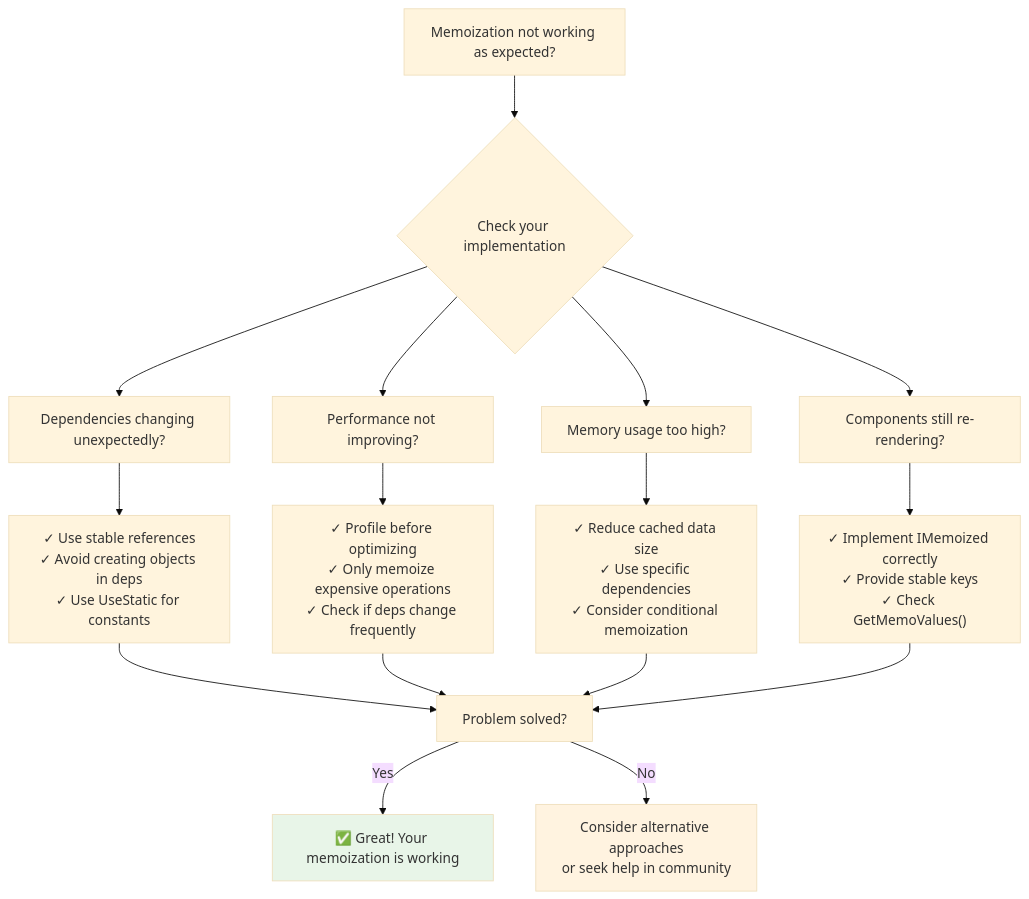
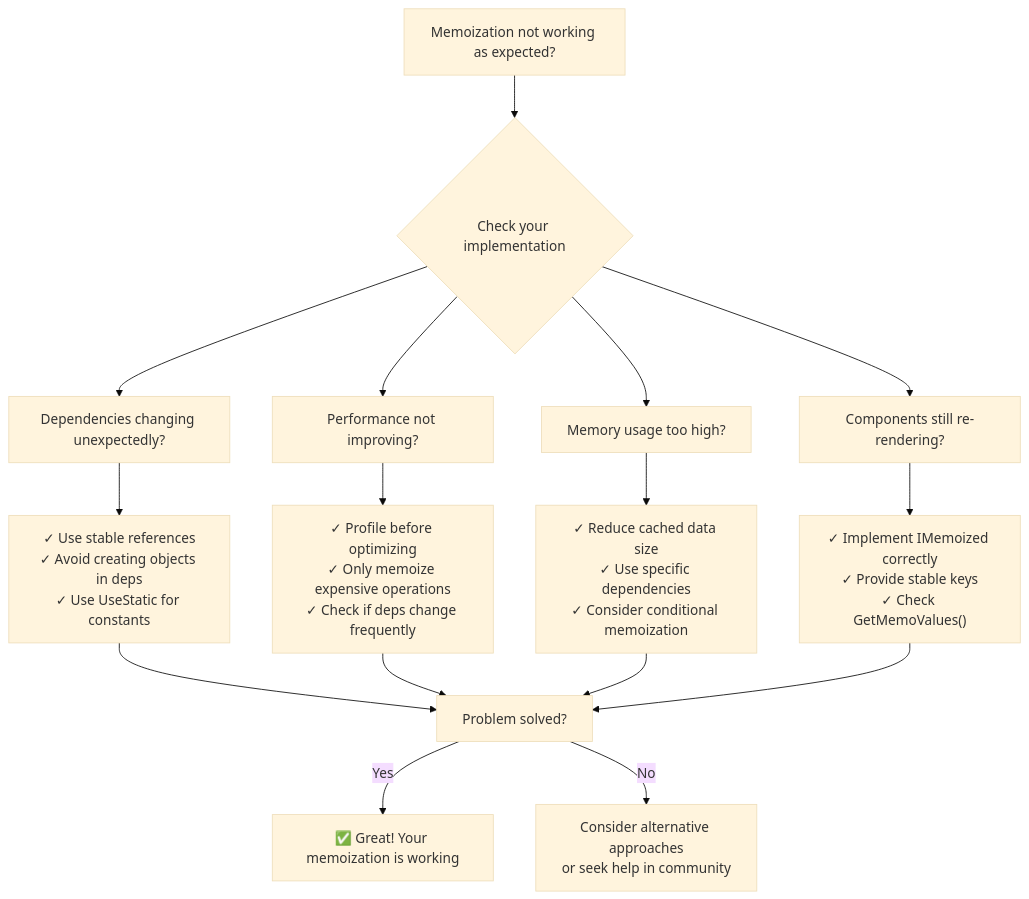
One commit to svetlana-soboleva/Ivy-Framework changed the fourth of 4 diagrams in Ivy.Docs.Shared/Docs/01_Onboarding/02_Concepts/Memoization.md. Above: the diagram before and after it, drawn with Mermaid (base theme). The commit also changed other lines of this file, not shown here.

````diff
--- a/Ivy.Docs.Shared/Docs/01_Onboarding/02_Concepts/Memoization.md
+++ b/Ivy.Docs.Shared/Docs/01_Onboarding/02_Concepts/Memoization.md
@@ -563,25 +497,22 @@
 ```mermaid
 flowchart TD
     A["Memoization not working as expected?"] --> B{Check your implementation}
     
     B --> C["Dependencies changing unexpectedly?"]
     B --> D["Performance not improving?"]
     B --> E["Memory usage too high?"]
     B --> F["Components still re-rendering?"]
     
     C --> C1["✓ Use stable references<br/>✓ Avoid creating objects in deps<br/>✓ Use UseStatic for constants"]
     D --> D1["✓ Profile before optimizing<br/>✓ Only memoize expensive operations<br/>✓ Check if deps change frequently"]
     E --> E1["✓ Reduce cached data size<br/>✓ Use specific dependencies<br/>✓ Consider conditional memoization"]
     F --> F1["✓ Implement IMemoized correctly<br/>✓ Provide stable keys<br/>✓ Check GetMemoValues()"]
     
     C1 --> G["Problem solved?"]
     D1 --> G
     E1 --> G
     F1 --> G
     
     G -->|Yes| H["✅ Great! Your memoization is working"]
     G -->|No| I["Consider alternative approaches<br/>or seek help in community"]
-    
-    style H fill:#e8f5e8
-    style I fill:#fff3e0
 ```
````
